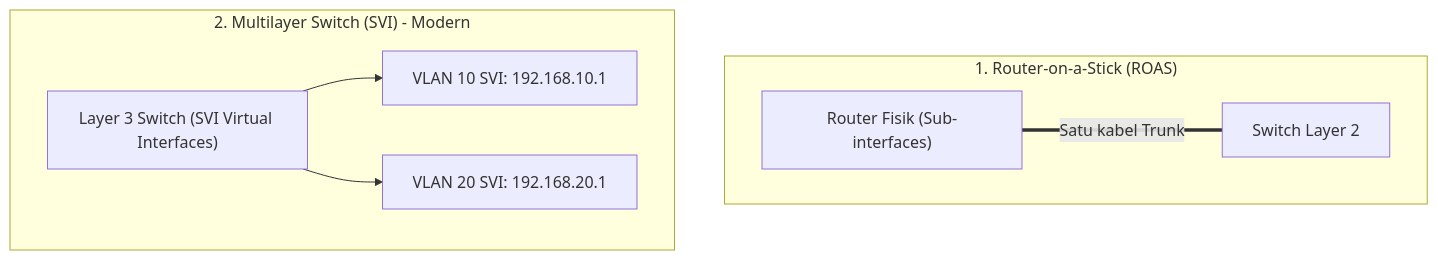
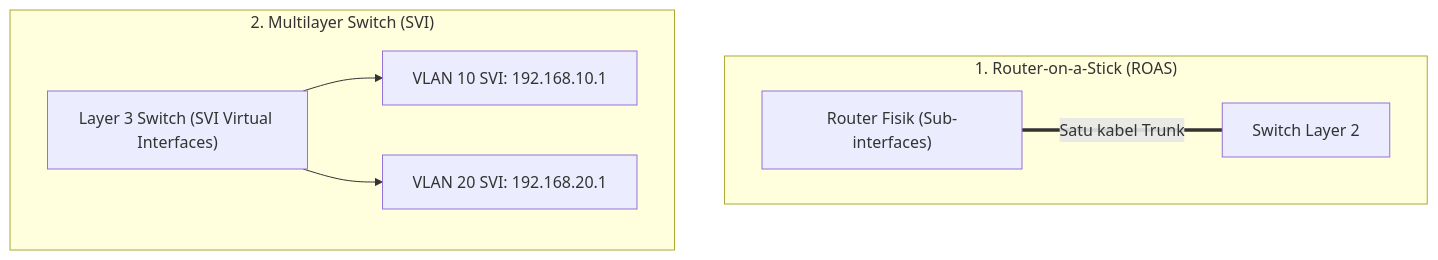
One commit to Fizhkan/FizhWiki changed the diagram in src/content/docs/networking/04-inter-vlan-routing.md. Above: the diagram before and after it, drawn with Mermaid. The commit also changed other lines of this file and 9 other files, not shown here.

````diff
--- a/src/content/docs/networking/04-inter-vlan-routing.md
+++ b/src/content/docs/networking/04-inter-vlan-routing.md
@@ -12,14 +12,14 @@
 ```mermaid
 graph TD
     subgraph Metode_1["1. Router-on-a-Stick (ROAS)"]
         R1["Router Fisik (Sub-interfaces)"]
         SW1["Switch Layer 2"]
         R1 ===|"Satu kabel Trunk"| SW1
     end
 
-    subgraph Metode_2["2. Multilayer Switch (SVI) - Modern"]
+    subgraph Metode_2["2. Multilayer Switch (SVI)"]
         MLS["Layer 3 Switch (SVI Virtual Interfaces)"]
         MLS --> VLAN10["VLAN 10 SVI: 192.168.10.1"]
         MLS --> VLAN20["VLAN 20 SVI: 192.168.20.1"]
     end
 ```
````
